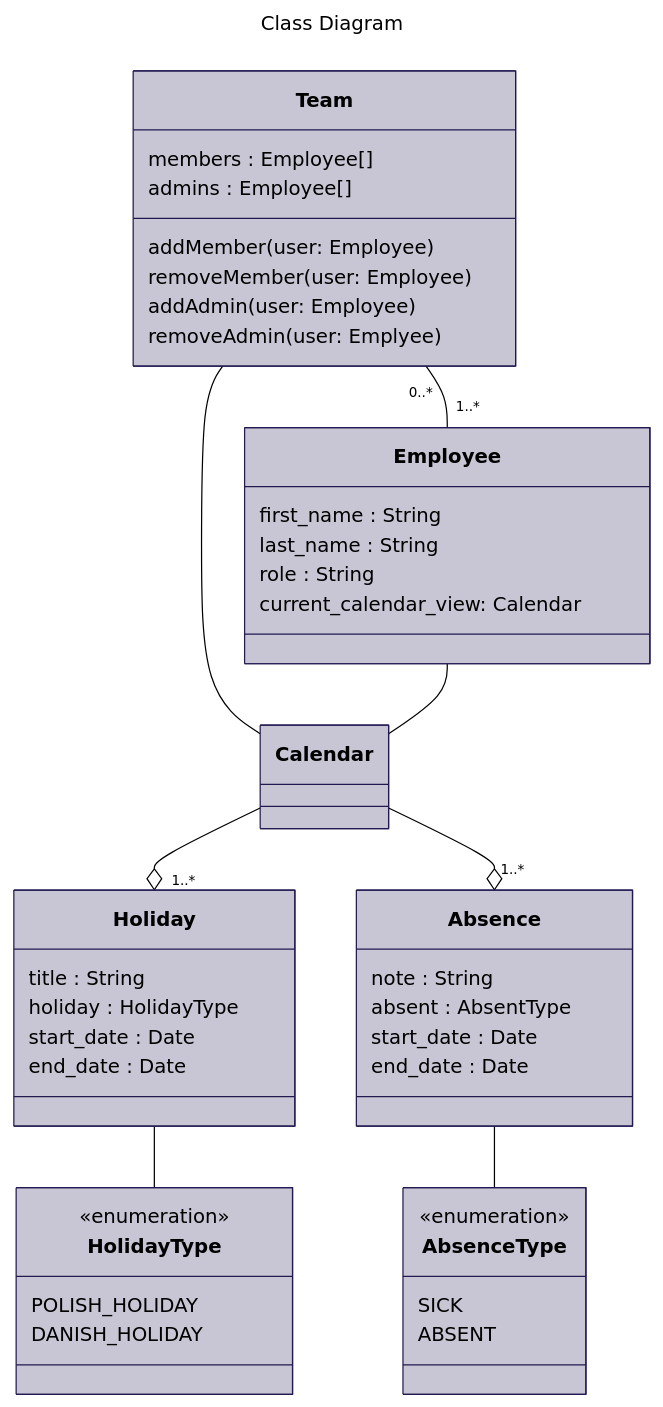
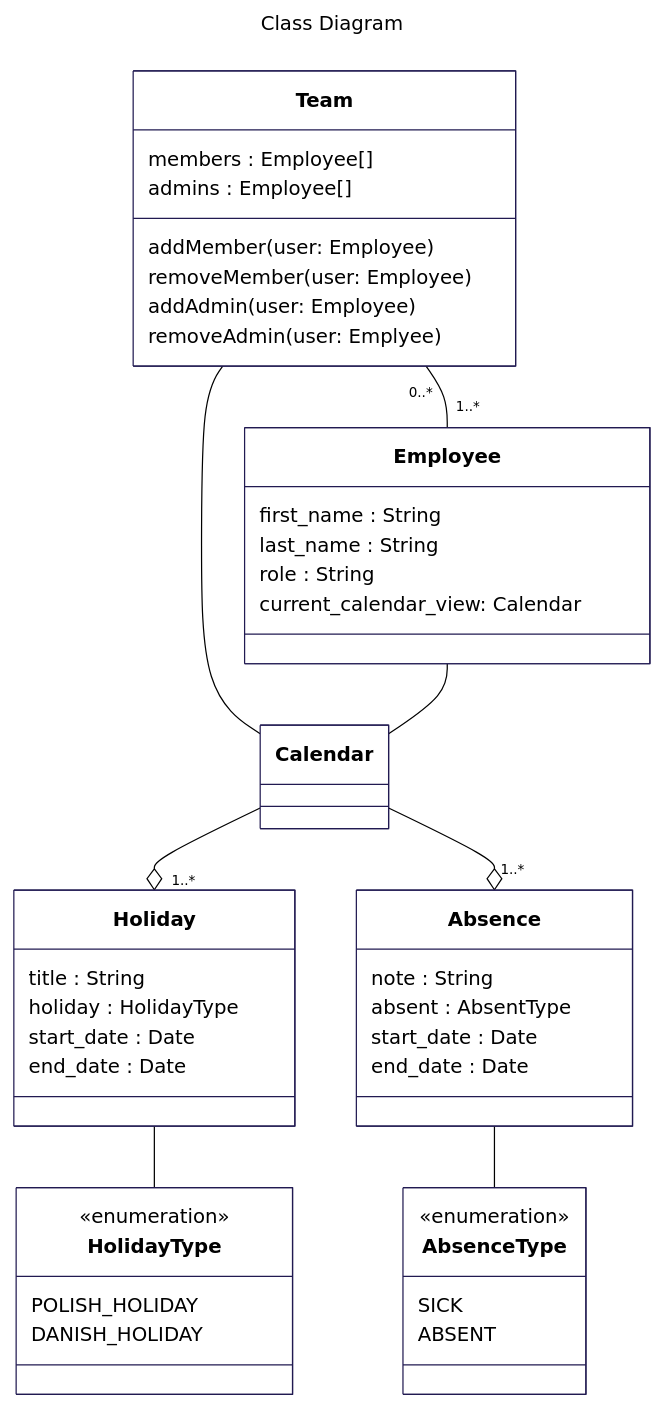
Before and after one commit to cs-24-sw-3-01/uml: the diagram in class_diagram.md, drawn with Mermaid.

```diff
--- a/class_diagram.md
+++ b/class_diagram.md
@@ -13,7 +13,8 @@
             'primaryBorderColor': '#211A51',
             'lineColor': '#000',
             'secondaryColor': '#006100',
-            'tertiaryColor': '#fff'
+            'tertiaryColor': '#fff',
+            'mainBkg': '#fff'
         }
     }
 }%%
```
